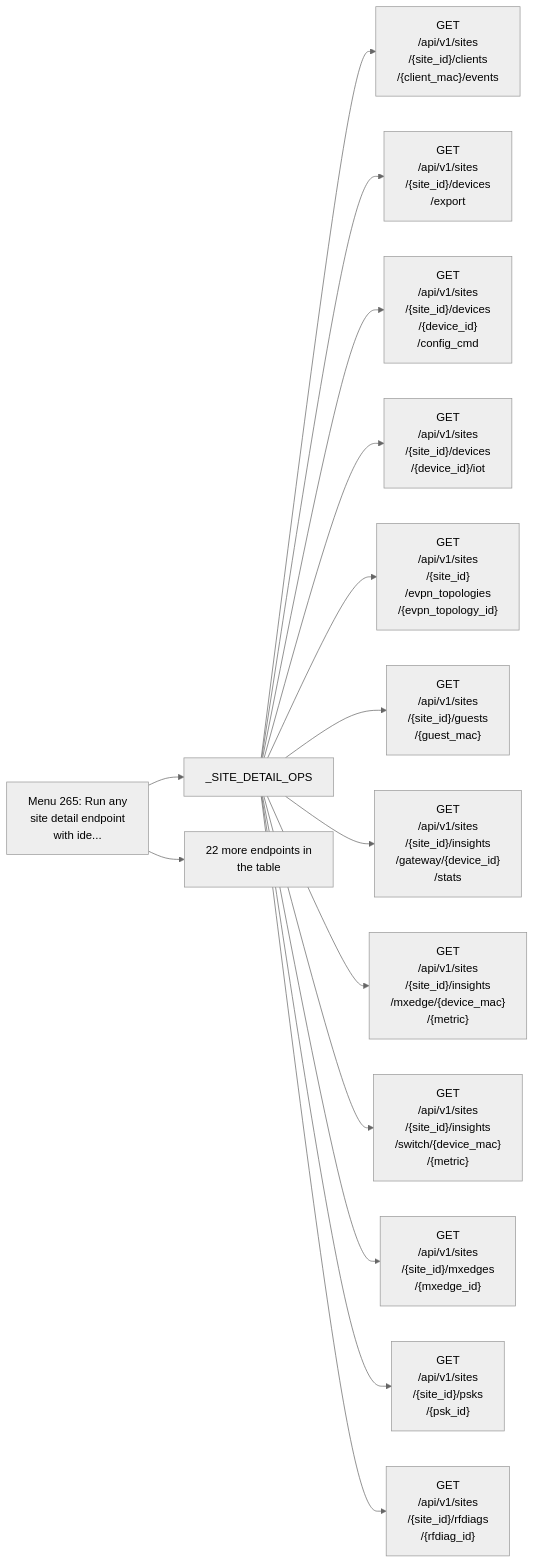
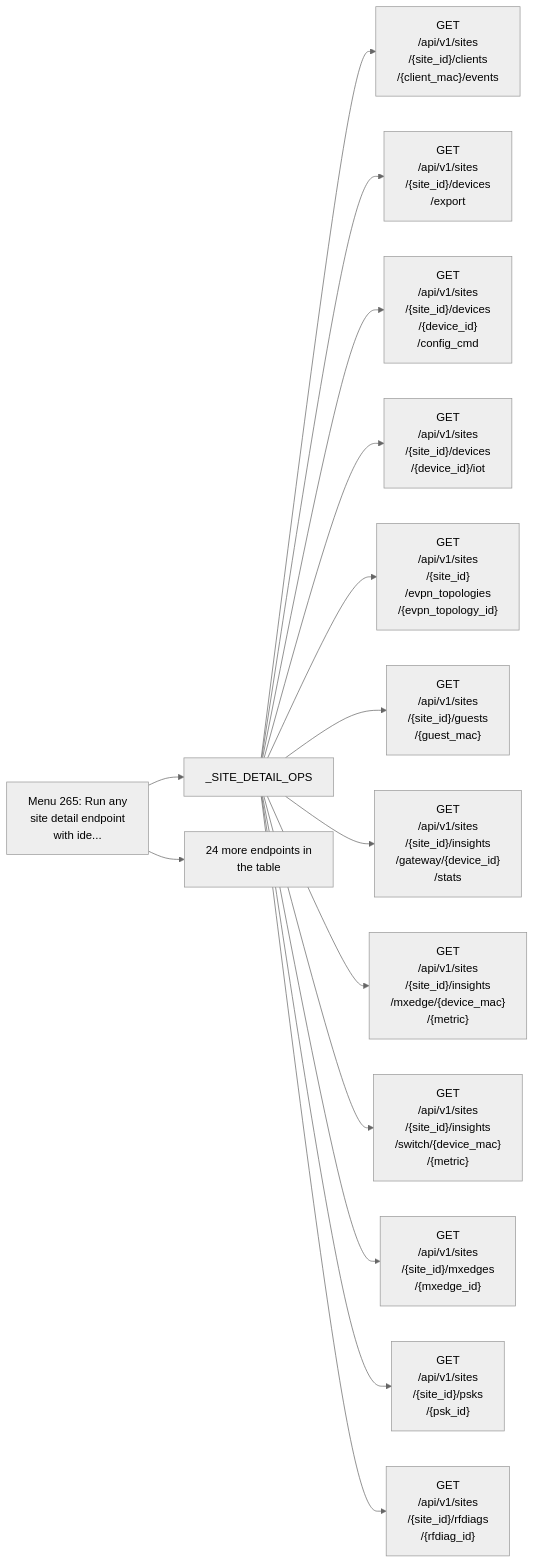
One commit to jmorrison-juniper/MistHelper changed diagram 22 of 26 in documentation/menu-api/interactive-safe.md. Above: the diagram before and after it, drawn with Mermaid (neutral theme). The commit also changed other lines of this file and 19 other files, not shown here.

````diff
--- a/documentation/menu-api/interactive-safe.md
+++ b/documentation/menu-api/interactive-safe.md
@@ -1608,18 +1613,18 @@
 ```mermaid
 flowchart LR
     menu["Menu 265: Run any<br/>site detail endpoint<br/>with ide..."]
     menu --> c1["_SITE_DETAIL_OPS"]
     c1 --> e1["GET<br/>/api/v1/sites<br/>/{site_id}/clients<br/>/{client_mac}/events"]
     c1 --> e2["GET<br/>/api/v1/sites<br/>/{site_id}/devices<br/>/export"]
     c1 --> e3["GET<br/>/api/v1/sites<br/>/{site_id}/devices<br/>/{device_id}<br/>/config_cmd"]
     c1 --> e4["GET<br/>/api/v1/sites<br/>/{site_id}/devices<br/>/{device_id}/iot"]
     c1 --> e5["GET<br/>/api/v1/sites<br/>/{site_id}<br/>/evpn_topologies<br/>/{evpn_topology_id}"]
     c1 --> e6["GET<br/>/api/v1/sites<br/>/{site_id}/guests<br/>/{guest_mac}"]
     c1 --> e7["GET<br/>/api/v1/sites<br/>/{site_id}/insights<br/>/gateway/{device_id}<br/>/stats"]
     c1 --> e8["GET<br/>/api/v1/sites<br/>/{site_id}/insights<br/>/mxedge/{device_mac}<br/>/{metric}"]
     c1 --> e9["GET<br/>/api/v1/sites<br/>/{site_id}/insights<br/>/switch/{device_mac}<br/>/{metric}"]
     c1 --> e10["GET<br/>/api/v1/sites<br/>/{site_id}/mxedges<br/>/{mxedge_id}"]
     c1 --> e11["GET<br/>/api/v1/sites<br/>/{site_id}/psks<br/>/{psk_id}"]
     c1 --> e12["GET<br/>/api/v1/sites<br/>/{site_id}/rfdiags<br/>/{rfdiag_id}"]
-    menu --> more["22 more endpoints in<br/>the table"]
+    menu --> more["24 more endpoints in<br/>the table"]
 ```
````
